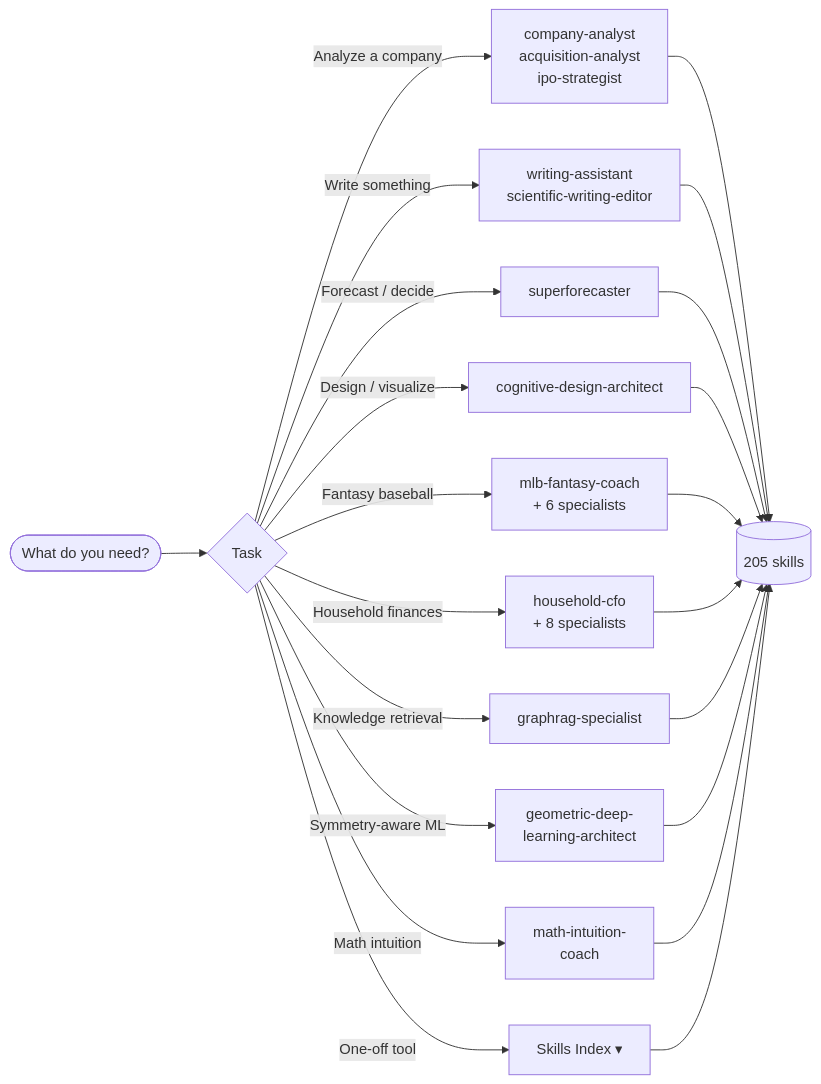
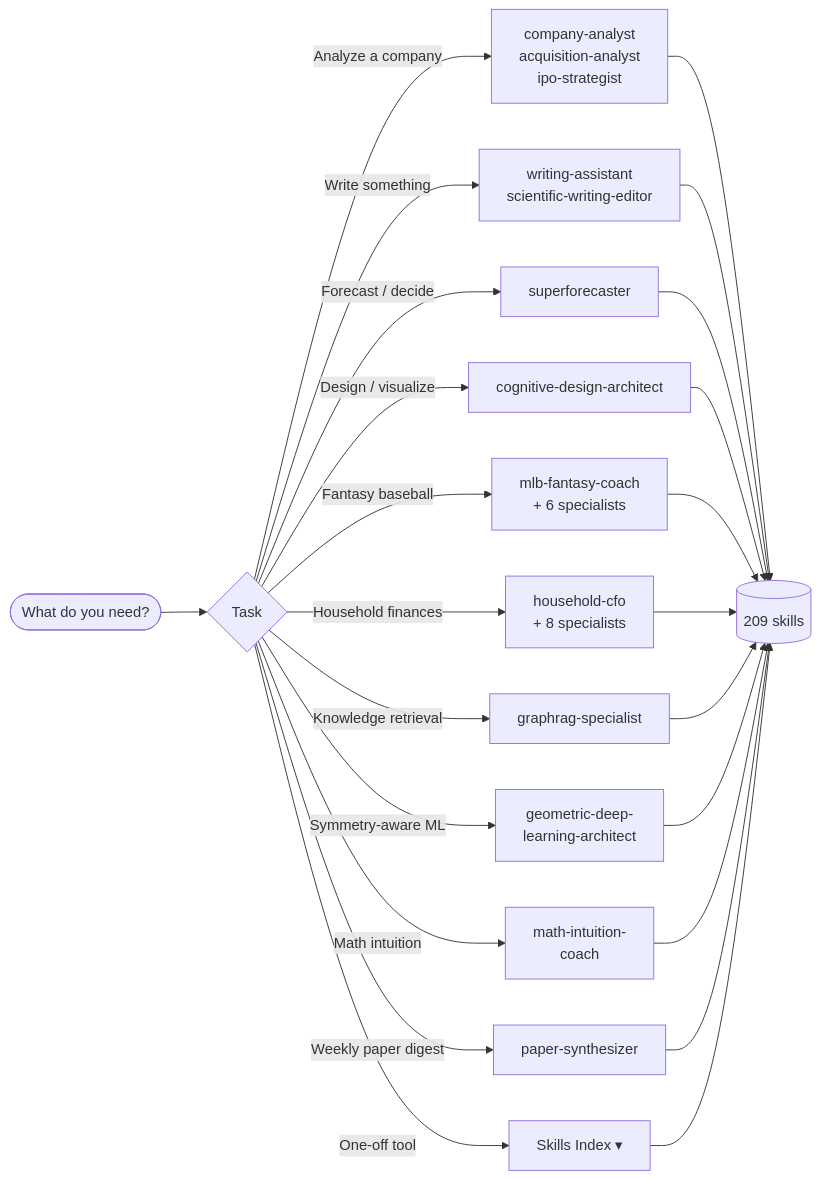
Before and after one commit to lyndonkl/claude: the diagram in README.md, drawn with Mermaid. The commit also changed other lines of this file and 5 other files, not shown here.

````diff
--- a/README.md
+++ b/README.md
@@ -38,16 +39,17 @@
 ```mermaid
 flowchart LR
     U([What do you need?]) --> D{Task}
     D -->|Analyze a company| CA[company-analyst<br/>acquisition-analyst<br/>ipo-strategist]
     D -->|Write something| WA[writing-assistant<br/>scientific-writing-editor]
     D -->|Forecast / decide| SF[superforecaster]
     D -->|Design / visualize| CD[cognitive-design-architect]
     D -->|Fantasy baseball| MLB[mlb-fantasy-coach<br/>+ 6 specialists]
     D -->|Household finances| HF[household-cfo<br/>+ 8 specialists]
     D -->|Knowledge retrieval| GR[graphrag-specialist]
     D -->|Symmetry-aware ML| GDL[geometric-deep-<br/>learning-architect]
     D -->|Math intuition| MI[math-intuition-<br/>coach]
+    D -->|Weekly paper digest| PS[paper-synthesizer]
     D -->|One-off tool| SK[Skills Index ▾]
-    CA & WA & SF & CD & MLB & HF & GR & GDL & MI --> S[(205 skills)]
+    CA & WA & SF & CD & MLB & HF & GR & GDL & MI & PS --> S[(209 skills)]
     SK --> S
 ```
````
